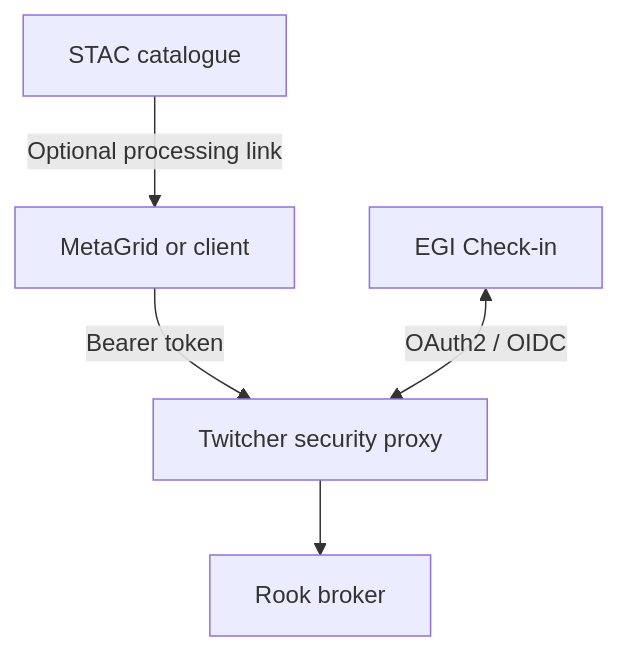
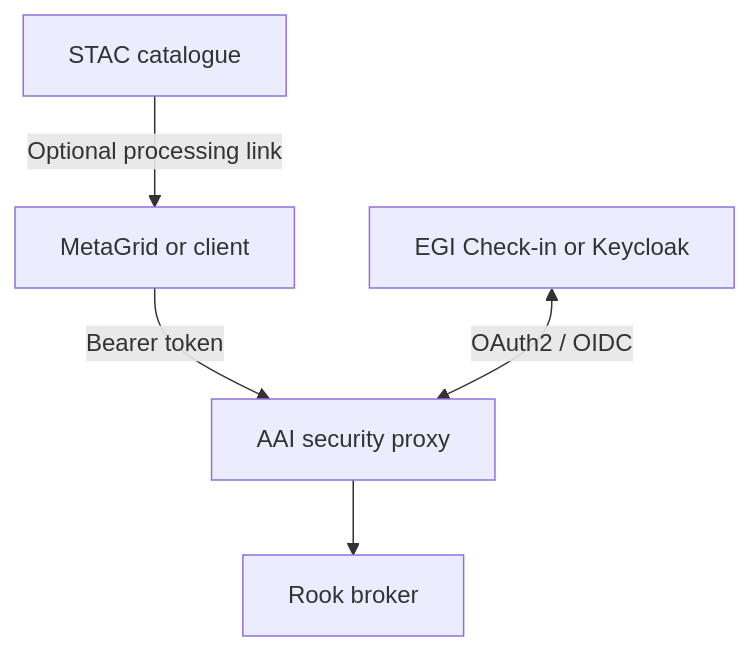
The sixth of 10 diagrams in Rook_WPS_ESGF2_talk_draft.md (roocs/rook), drawn with Mermaid before and after one commit. The commit also changed other lines of this file, not shown here.

````diff
--- a/Rook_WPS_ESGF2_talk_draft.md
+++ b/Rook_WPS_ESGF2_talk_draft.md
@@ -209,7 +235,7 @@
 ```mermaid
 flowchart TD
     STAC["STAC catalogue"] -->|"Optional processing link"| Portal["MetaGrid or client"]
-    Portal -->|"Bearer token"| Proxy["Twitcher security proxy"]
-    EGI["EGI Check-in"] <-->|"OAuth2 / OIDC"| Proxy
+    Portal -->|"Bearer token"| Proxy["AAI security proxy"]
+    Identity["EGI Check-in or Keycloak"] <-->|"OAuth2 / OIDC"| Proxy
     Proxy --> Broker["Rook broker"]
 ```
````
